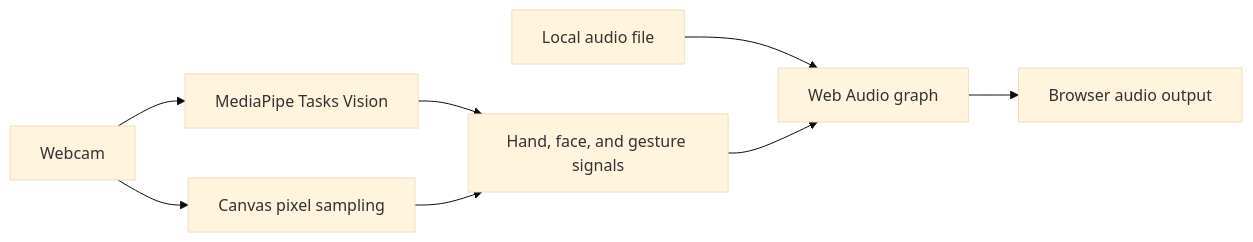
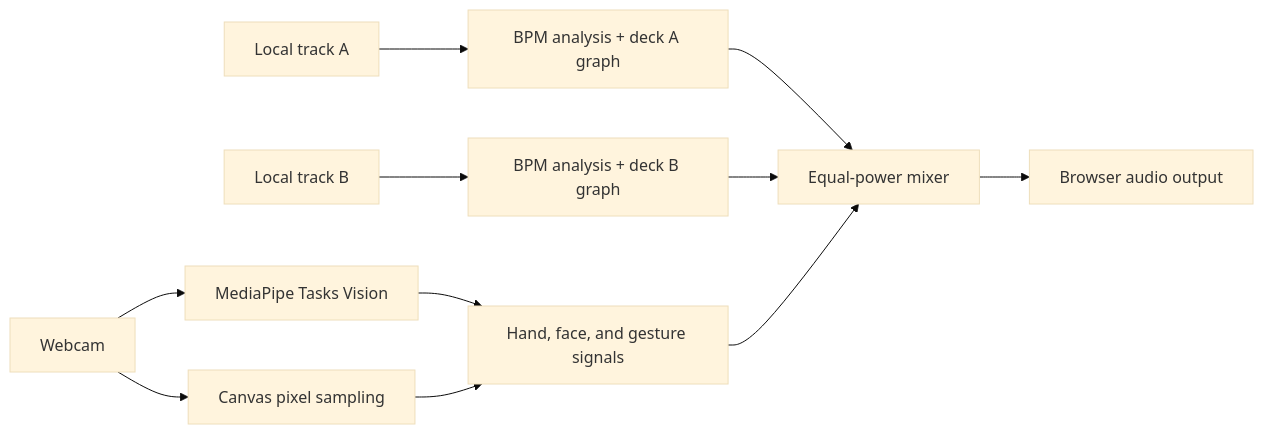
The diagram in README.md (kaantaskentt/conductor-vision), drawn with Mermaid (base theme) before and after one commit. The commit also changed other lines of this file and 19 other files, not shown here.

````diff
--- a/README.md
+++ b/README.md
@@ -57,10 +58,13 @@
 ```mermaid
 flowchart LR
   Camera["Webcam"] --> Vision["MediaPipe Tasks Vision"]
   Vision --> Signals["Hand, face, and gesture signals"]
   Camera --> Pixels["Canvas pixel sampling"]
   Pixels --> Signals
-  Track["Local audio file"] --> Audio["Web Audio graph"]
-  Signals --> Audio
-  Audio --> Output["Browser audio output"]
+  DeckA["Local track A"] --> TempoA["BPM analysis + deck A graph"]
+  DeckB["Local track B"] --> TempoB["BPM analysis + deck B graph"]
+  TempoA --> Mixer["Equal-power mixer"]
+  TempoB --> Mixer
+  Signals --> Mixer
+  Mixer --> Output["Browser audio output"]
 ```
````
